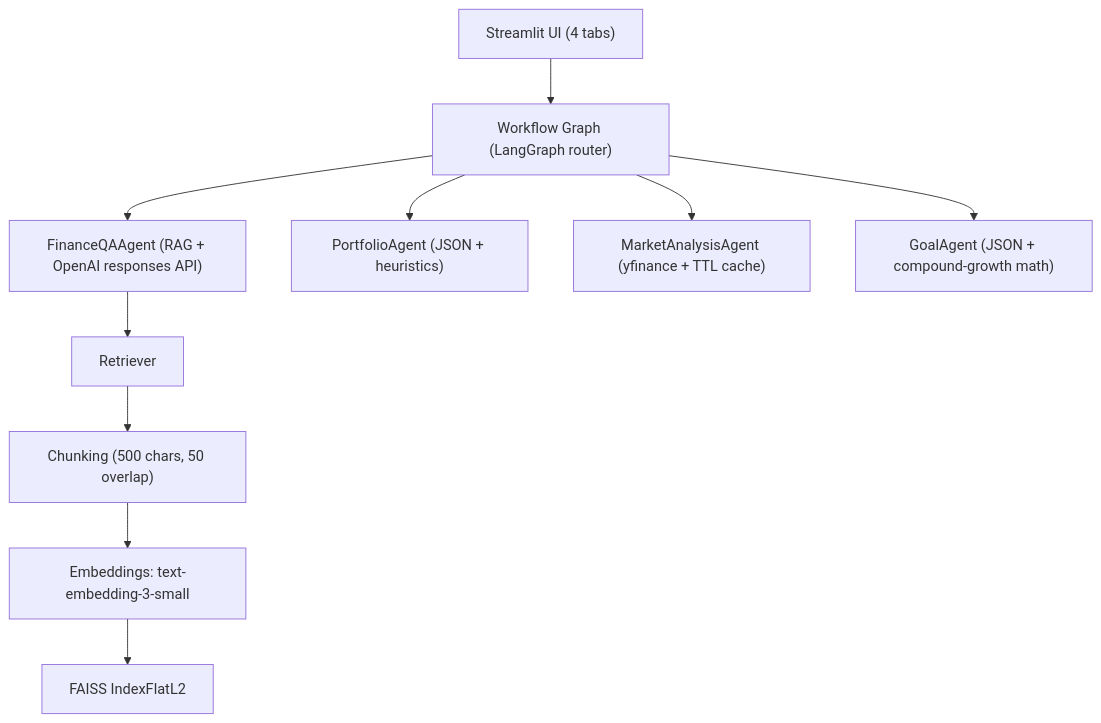
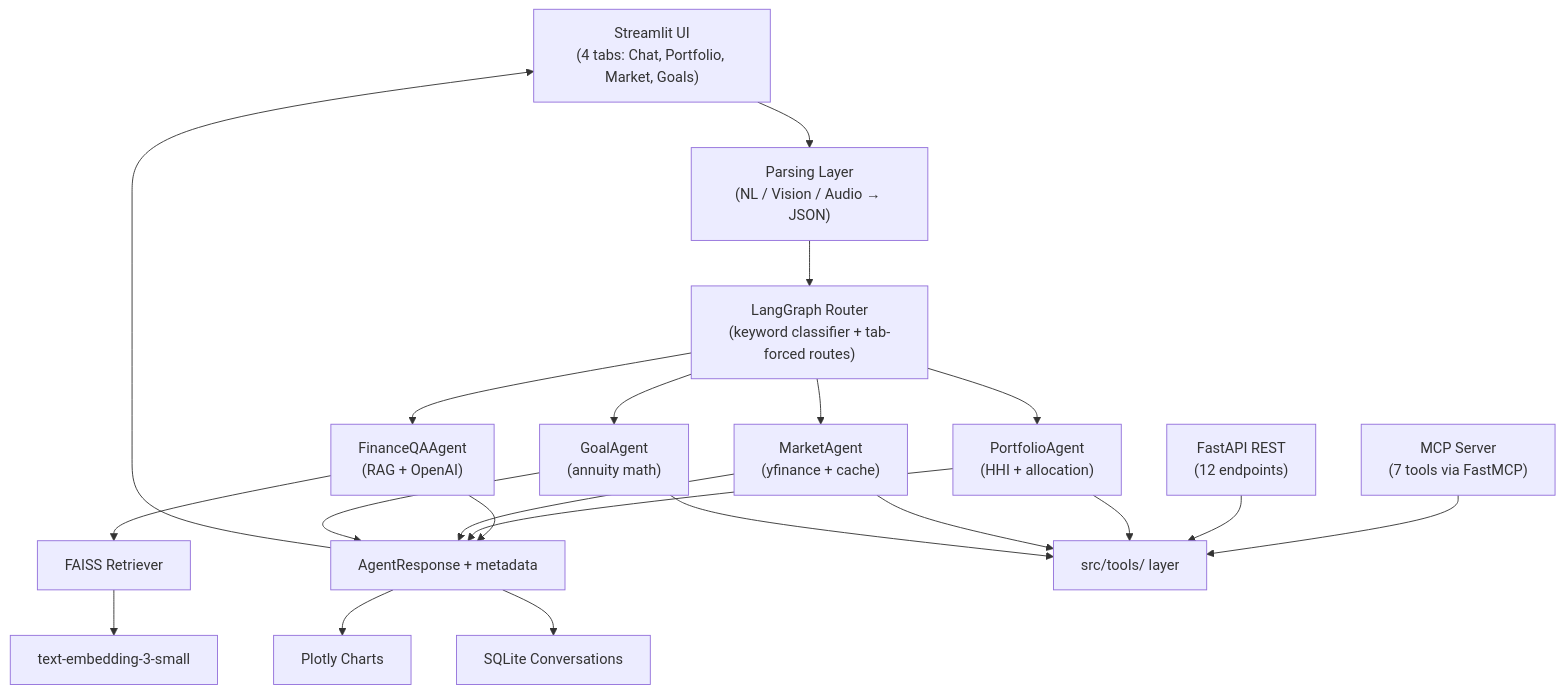
Before and after one commit to sumeettakalkar/ai-finance-assistant: the diagram in README.md, drawn with Mermaid. The commit also changed other lines of this file and 47 other files, not shown here.

Commit message:
MCP server, UI changes, Audio input

````diff
--- a/README.md
+++ b/README.md
@@ -20,12 +44,24 @@
 ```mermaid
 flowchart TD
-    A["Streamlit UI (4 tabs)"] --> B["Workflow Graph (LangGraph router)"]
-    B --> C["FinanceQAAgent (RAG + OpenAI responses API)"]
-    B --> D["PortfolioAgent (JSON + heuristics)"]
-    B --> E["MarketAnalysisAgent (yfinance + TTL cache)"]
-    B --> F["GoalAgent (JSON + compound-growth math)"]
-    C --> G["Retriever"]
-    G --> H["Chunking (500 chars, 50 overlap)"]
-    H --> I["Embeddings: text-embedding-3-small"]
-    I --> J["FAISS IndexFlatL2"]
+    A["Streamlit UI<br/>(4 tabs: Chat, Portfolio, Market, Goals)"] --> P["Parsing Layer<br/>(NL / Vision / Audio → JSON)"]
+    P --> B["LangGraph Router<br/>(keyword classifier + tab-forced routes)"]
+    B --> C["FinanceQAAgent<br/>(RAG + OpenAI)"]
+    B --> D["PortfolioAgent<br/>(HHI + allocation)"]
+    B --> E["MarketAgent<br/>(yfinance + cache)"]
+    B --> F["GoalAgent<br/>(annuity math)"]
+    C --> G["FAISS Retriever"]
+    G --> H["text-embedding-3-small"]
+    C --> R["AgentResponse + metadata"]
+    D --> R
+    E --> R
+    F --> R
+    R --> CH["Plotly Charts"]
+    R --> DB["SQLite Conversations"]
+    R --> A
+
+    MCP["MCP Server<br/>(7 tools via FastMCP)"] --> TL["src/tools/ layer"]
+    API["FastAPI REST<br/>(12 endpoints)"] --> TL
+    D --> TL
+    E --> TL
+    F --> TL
 ```
````
